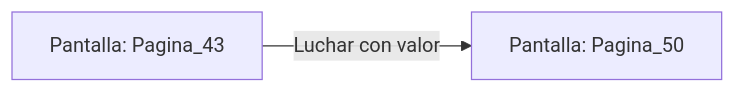
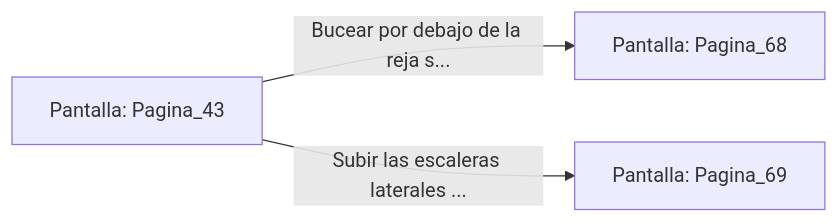
Before and after one commit to metsuke/mpl: the diagram in sample/eligejuego-vault/Pantalla_Pagina_43.md, drawn with Mermaid. The commit also changed other lines of this file and 635 other files, not shown here.

First line of the commit message:
fix: añadir Pagina_1 como pantalla inicial en capitulo_01.mpl

````diff
--- a/sample/eligejuego-vault/Pantalla_Pagina_43.md
+++ b/sample/eligejuego-vault/Pantalla_Pagina_43.md
@@ -14,5 +24,6 @@
 ```mermaid
 graph LR
     P_Pagina_43["Pantalla: Pagina_43"]
-    P_Pagina_43 -->|"Luchar con valor"| P_Pagina_50["Pantalla: Pagina_50"]
+    P_Pagina_43 -->|"Bucear por debajo de la reja s..."| P_Pagina_68["Pantalla: Pagina_68"]
+    P_Pagina_43 -->|"Subir las escaleras laterales ..."| P_Pagina_69["Pantalla: Pagina_69"]
 ```
````
